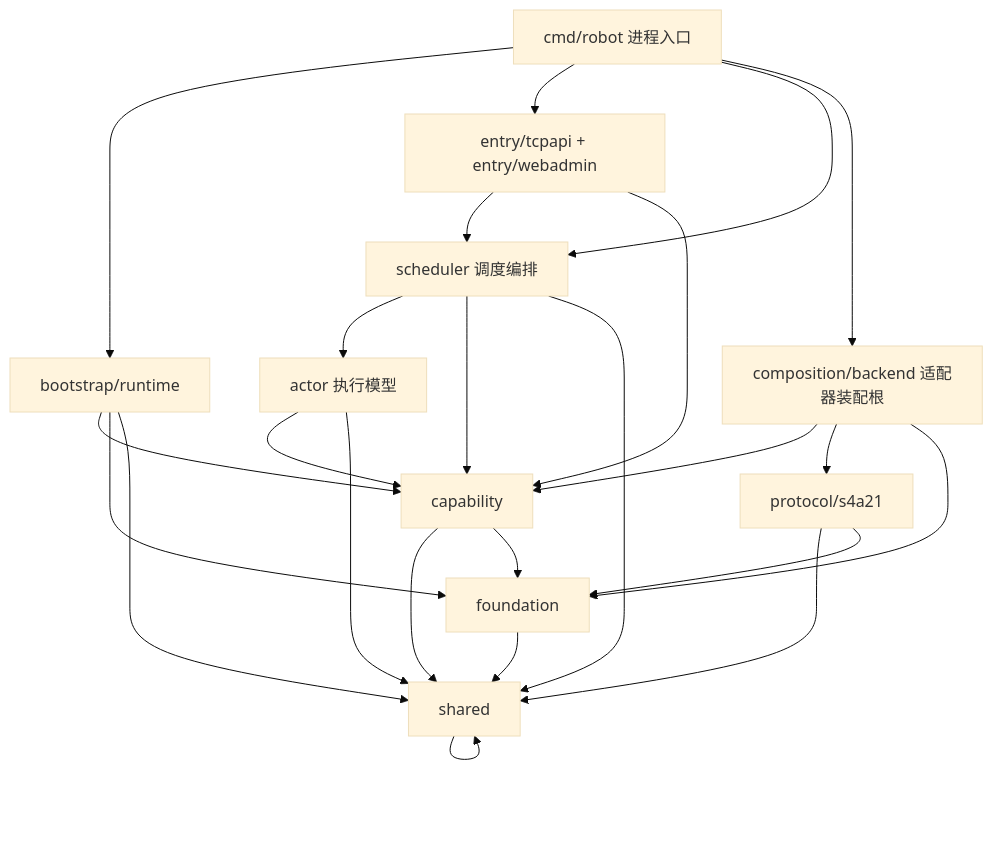
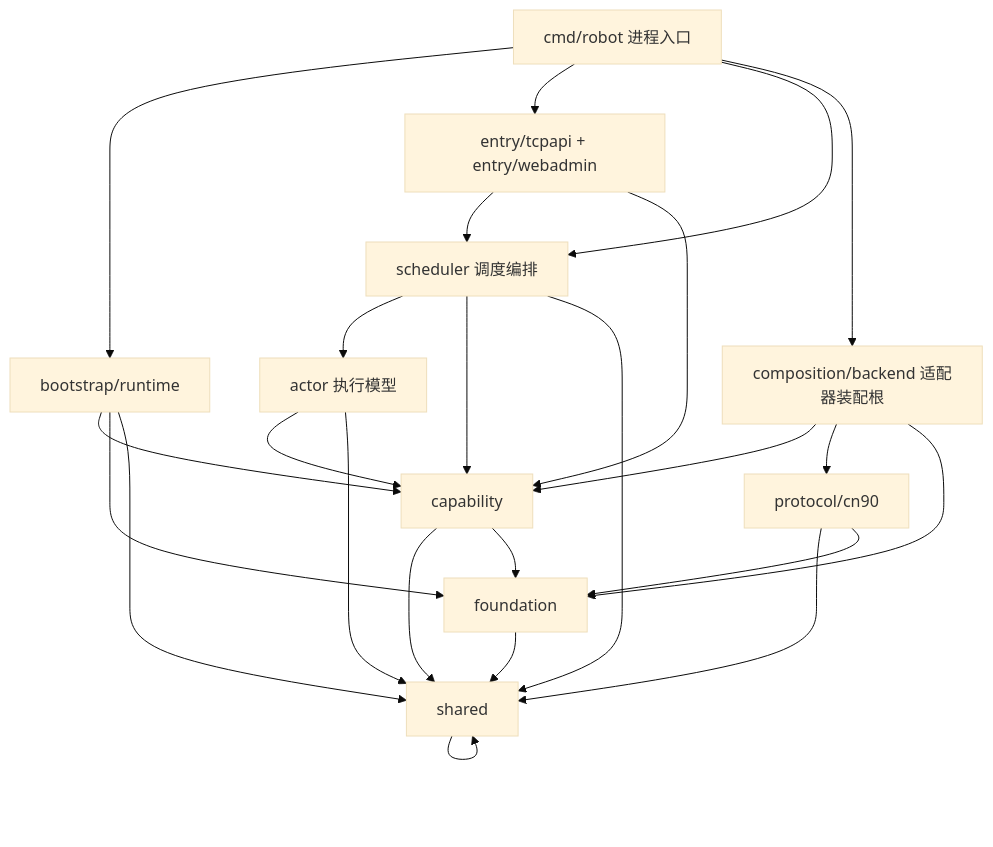
Before and after one commit to zmbksyyr/dnf-robot-90cn: the diagram in doc/代码图谱.md, drawn with Mermaid (base theme). The commit also changed other lines of this file and 164 other files, not shown here.

````diff
--- a/doc/代码图谱.md
+++ b/doc/代码图谱.md
@@ -36,26 +36,26 @@
 ```mermaid
 flowchart TD
     cmd[cmd/robot 进程入口] --> bootstrap[bootstrap/runtime]
     cmd --> entry[entry/tcpapi + entry/webadmin]
     cmd --> scheduler[scheduler 调度编排]
     cmd --> composition[composition/backend 适配器装配根]
     entry --> scheduler
     entry --> capability
     bootstrap --> capability
     bootstrap --> foundation
     bootstrap --> shared
     composition --> capability
-    composition --> protocol[protocol/s4a21]
+    composition --> protocol[protocol/cn90]
     composition --> foundation
     protocol --> shared
     protocol --> foundation
     scheduler --> actor[actor 执行模型]
     scheduler --> capability
     scheduler --> shared
     actor --> capability
     actor --> shared
     capability --> shared
     capability --> foundation
     foundation --> shared
     shared --> shared
 ```
````
